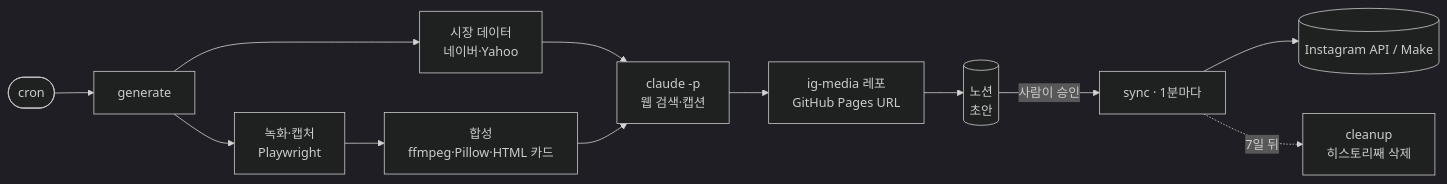
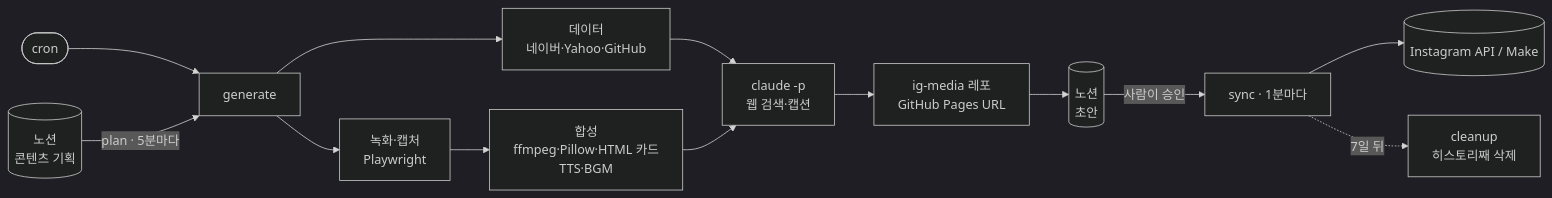
The diagram in README.md (apg0001/instagram-auto-uploader), drawn with Mermaid (dark theme) before and after one commit. The commit also changed other lines of this file and 1 other file, not shown here.

````diff
--- a/README.md
+++ b/README.md
@@ -59,14 +62,15 @@
 ```mermaid
 flowchart LR
   cron([cron]) --> gen[generate]
+  plan[(노션<br/>콘텐츠 기획)] -- plan · 5분마다 --> gen
   gen --> cap[녹화·캡처<br/>Playwright]
-  gen --> data[시장 데이터<br/>네이버·Yahoo]
-  cap --> media[합성<br/>ffmpeg·Pillow·HTML 카드]
+  gen --> data[데이터<br/>네이버·Yahoo·GitHub]
+  cap --> media[합성<br/>ffmpeg·Pillow·HTML 카드<br/>TTS·BGM]
   data --> ai[claude -p<br/>웹 검색·캡션]
   media --> ai
   ai --> host[ig-media 레포<br/>GitHub Pages URL]
   host --> notion[(노션<br/>초안)]
   notion -- 사람이 승인 --> sync[sync · 1분마다]
   sync --> ig[(Instagram API / Make)]
   sync -. 7일 뒤 .-> clean[cleanup<br/>히스토리째 삭제]
 ```
````
